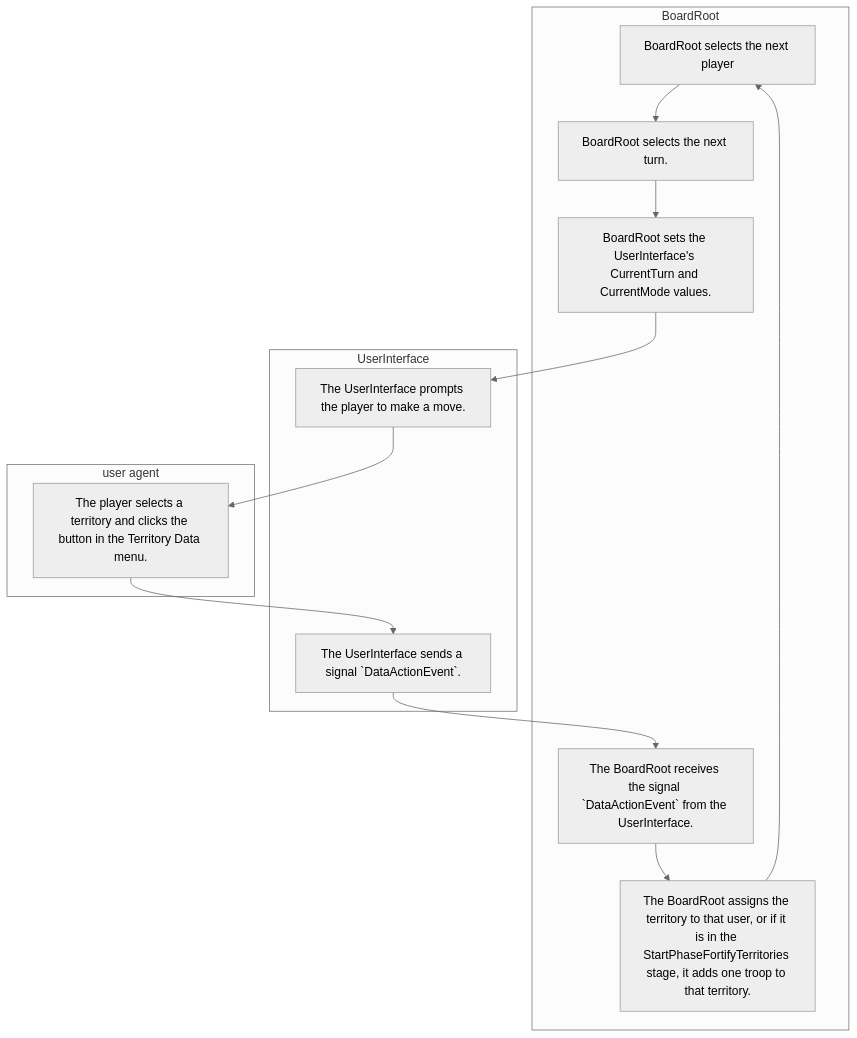
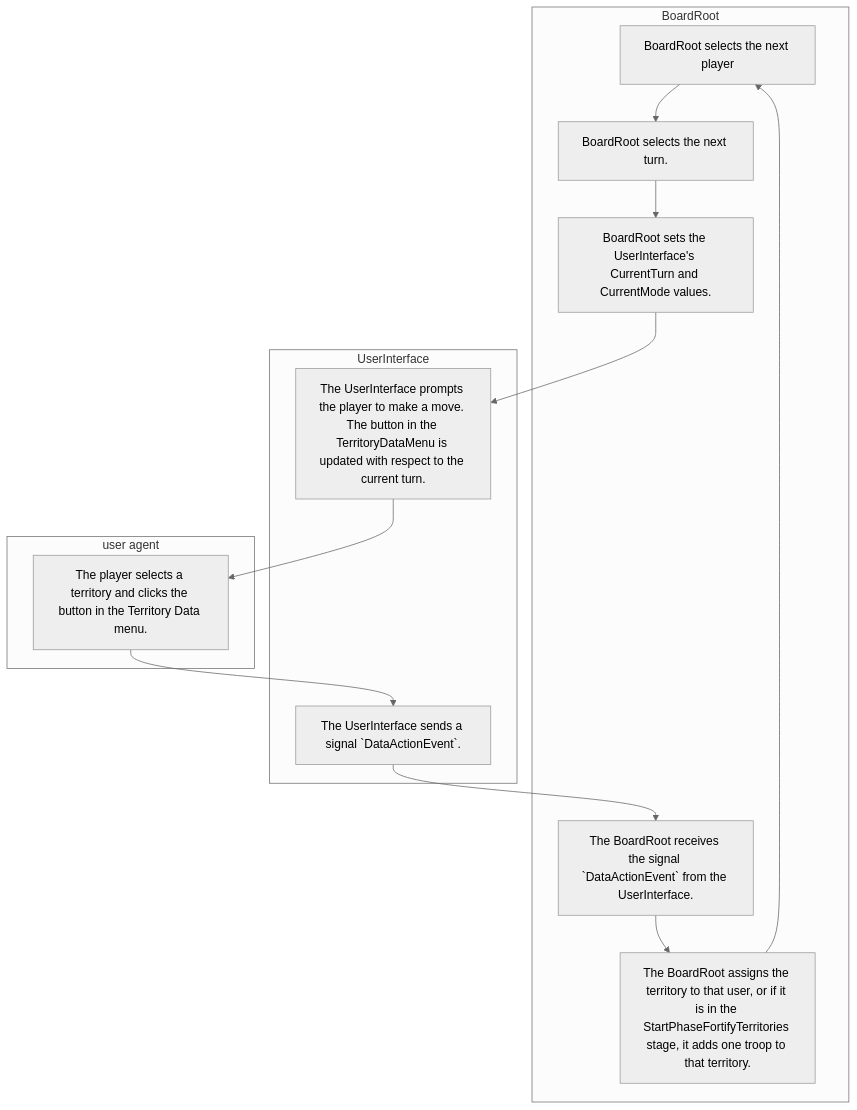
The third of 3 diagrams in design/Sprint_02_Design.md (LukeS03/Y2_S2_SoftwareEngineeringProject), drawn with Mermaid (neutral theme) before and after one commit.

Commit message:
"DOC: Added some extra detail to the Player Claim Stage flowchart."

````diff
--- a/design/Sprint_02_Design.md
+++ b/design/Sprint_02_Design.md
@@ -120,19 +120,19 @@
 ```mermaid
 flowchart TB
     subgraph "BoardRoot"
         a["BoardRoot selects the next player"]
         b["BoardRoot selects the next turn."]
         c["BoardRoot sets the UserInterface's CurrentTurn and CurrentMode values."]
         g["The BoardRoot receives the signal `DataActionEvent` from the UserInterface."]
         h["The BoardRoot assigns the territory to that user, or if it is in the StartPhaseFortifyTerritories stage, it adds one troop to that territory."]
     end
     subgraph "UserInterface"
-        d["The UserInterface prompts the player to make a move."]
+        d["The UserInterface prompts the player to make a move. The button in the TerritoryDataMenu is updated with respect to the current turn."]
         f["The UserInterface sends a signal `DataActionEvent`."]
     end
     subgraph "user agent"
         e["The player selects a territory and clicks the button in the Territory Data menu."]
     end
 
     a --> b --> c --> d --> e --> f --> g --> h --> a
 ```
````
